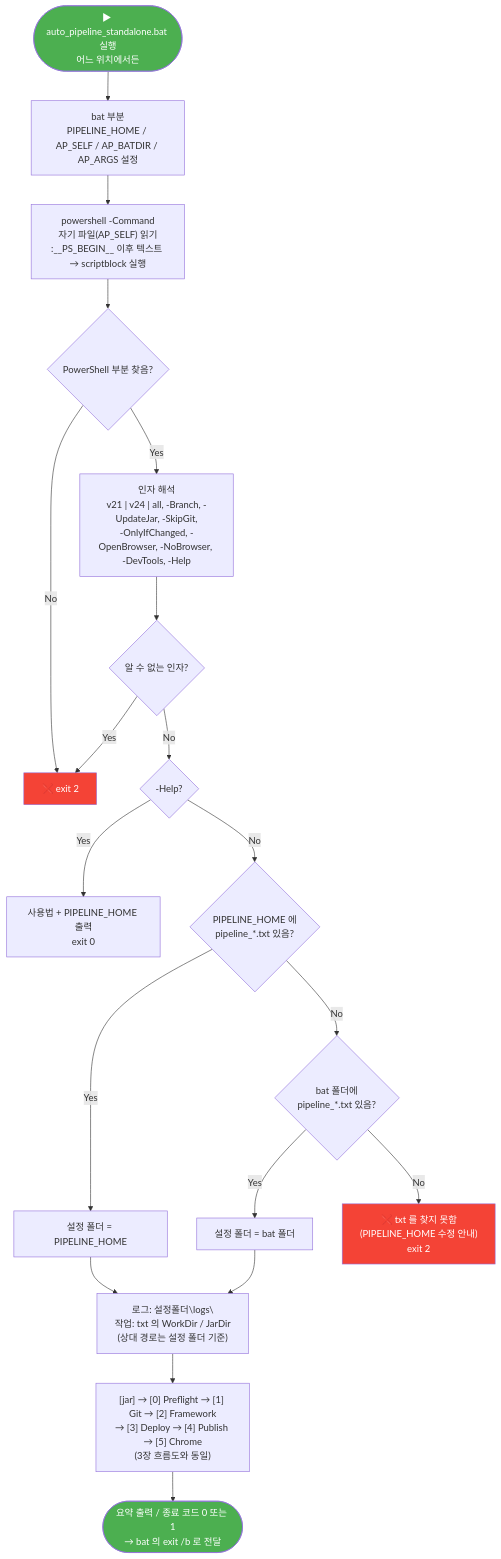
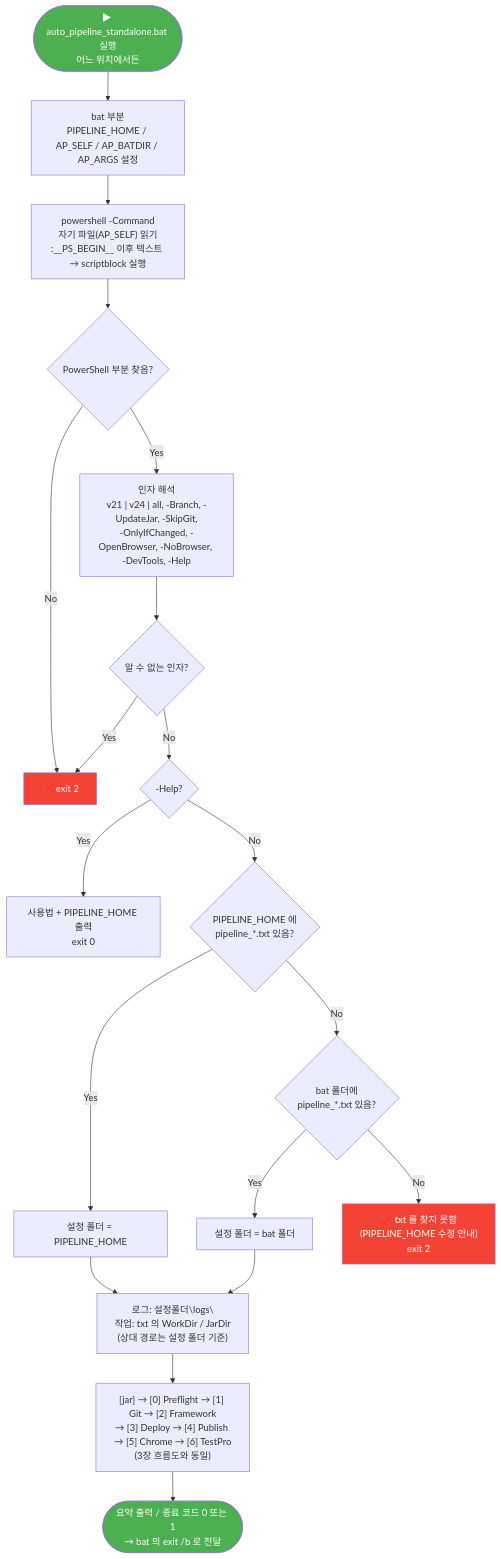
Before and after one commit to tobe-kimdonghuyun/cursor_project: the second of 2 diagrams in Tools/AutoPipeline/README.md, drawn with Mermaid. The commit also changed other lines of this file and 7 other files, not shown here.

````diff
--- a/Tools/AutoPipeline/README.md
+++ b/Tools/AutoPipeline/README.md
@@ -612,26 +740,26 @@
 ```mermaid
 flowchart TD
     A([▶ auto_pipeline_standalone.bat 실행\n어느 위치에서든]) --> B["bat 부분\nPIPELINE_HOME / AP_SELF / AP_BATDIR / AP_ARGS 설정"]
     B --> C["powershell -Command\n자기 파일(AP_SELF) 읽기\n:__PS_BEGIN__ 이후 텍스트 → scriptblock 실행"]
     C --> C1{PowerShell 부분 찾음?}
     C1 -- No --> E2["❌ exit 2"]
     C1 -- Yes --> D["인자 해석\nv21 | v24 | all, -Branch, -UpdateJar, -SkipGit,\n-OnlyIfChanged, -OpenBrowser, -NoBrowser, -DevTools, -Help"]
     D --> D1{알 수 없는 인자?}
     D1 -- Yes --> E2
     D1 -- No --> H{-Help?}
     H -- Yes --> E0["사용법 + PIPELINE_HOME 출력\nexit 0"]
     H -- No --> R1{"PIPELINE_HOME 에\npipeline_*.txt 있음?"}
     R1 -- Yes --> ROOT["설정 폴더 = PIPELINE_HOME"]
     R1 -- No --> R2{"bat 폴더에\npipeline_*.txt 있음?"}
     R2 -- Yes --> ROOT2["설정 폴더 = bat 폴더"]
     R2 -- No --> E3["❌ txt 를 찾지 못함\n(PIPELINE_HOME 수정 안내)\nexit 2"]
     ROOT --> P["로그: 설정폴더\logs\\n작업: txt 의 WorkDir / JarDir\n(상대 경로는 설정 폴더 기준)"]
     ROOT2 --> P
-    P --> PIPE["[jar] → [0] Preflight → [1] Git → [2] Framework\n→ [3] Deploy → [4] Publish → [5] Chrome\n(3장 흐름도와 동일)"]
+    P --> PIPE["[jar] → [0] Preflight → [1] Git → [2] Framework\n→ [3] Deploy → [4] Publish → [5] Chrome → [6] TestPro\n(3장 흐름도와 동일)"]
     PIPE --> END(["요약 출력 / 종료 코드 0 또는 1\n→ bat 의 exit /b 로 전달"])
 
     style A fill:#4CAF50,color:#fff
     style END fill:#4CAF50,color:#fff
     style E2 fill:#f44336,color:#fff
     style E3 fill:#f44336,color:#fff
 ```
````
